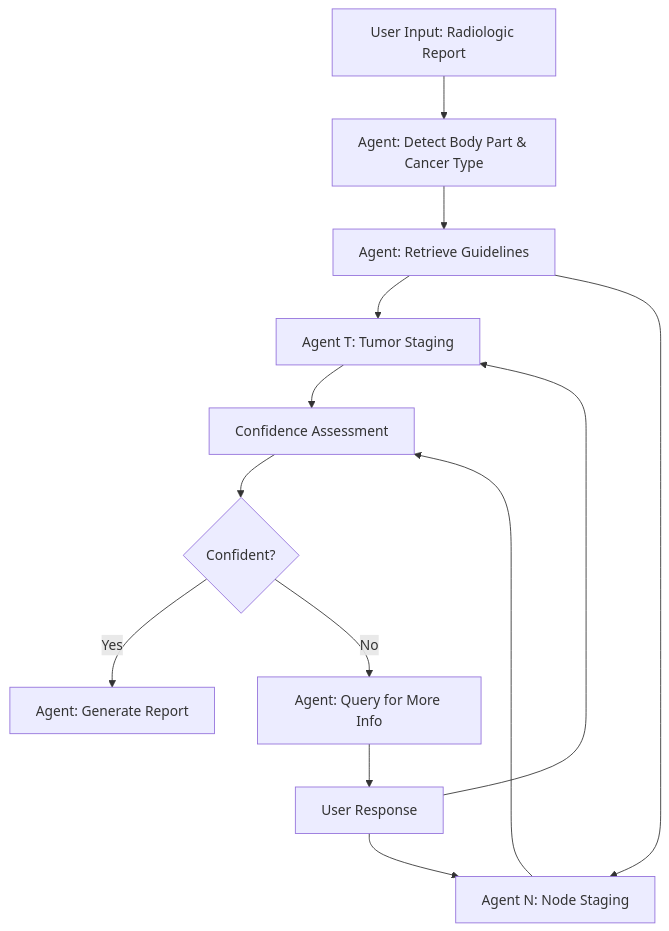
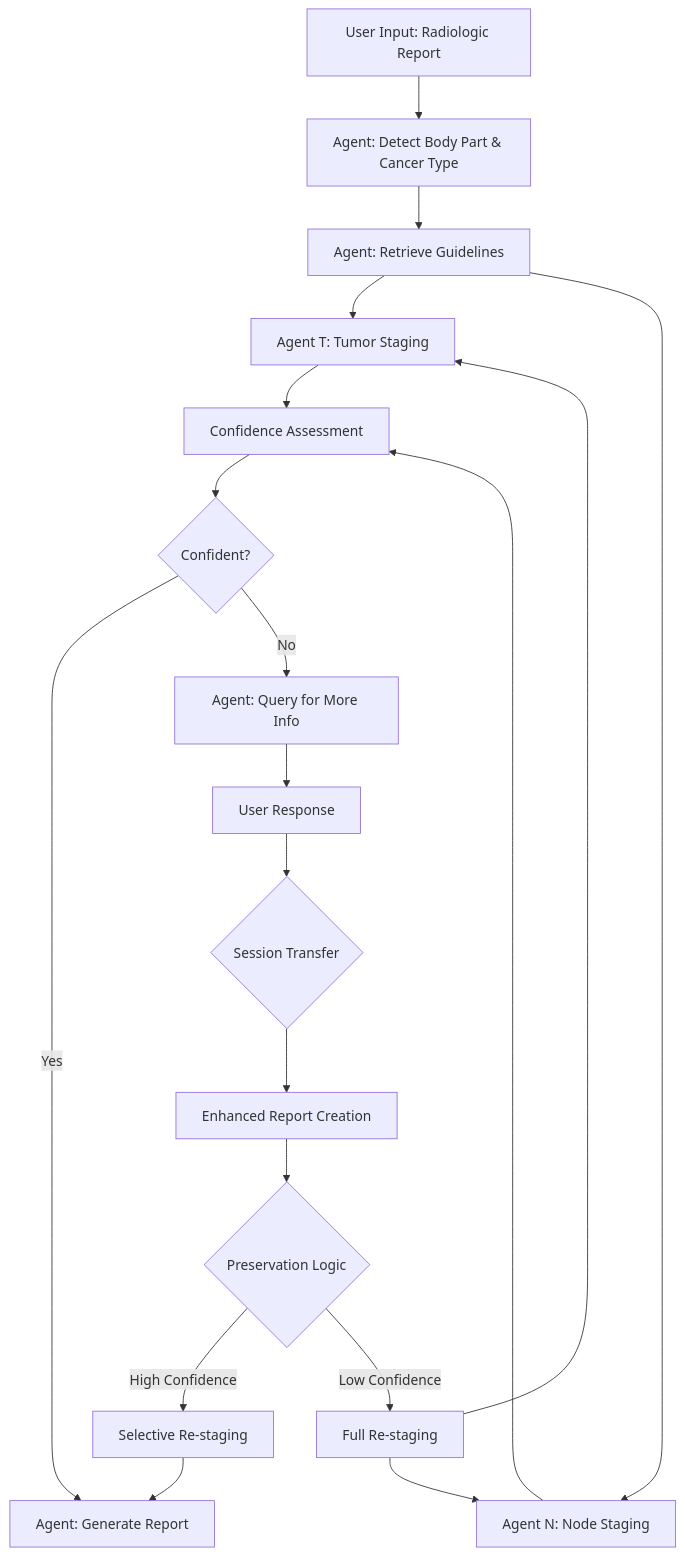
The diagram in claude.md (znee/tn_staging_agentic), drawn with Mermaid before and after one commit. The commit also changed other lines of this file and 20 other files, not shown here.

First line of the commit message:
feat: Complete multi-round Q&A workflow with selective preservation optimization

````diff
--- a/claude.md
+++ b/claude.md
@@ -19,15 +22,21 @@
 ```mermaid
 graph TD
     A[User Input: Radiologic Report] --> B[Agent: Detect Body Part & Cancer Type]
     B --> C[Agent: Retrieve Guidelines]
     C --> D1[Agent T: Tumor Staging]
     C --> D2[Agent N: Node Staging]
     D1 --> E[Confidence Assessment]
     D2 --> E
     E --> F{Confident?}
     F -->|Yes| G[Agent: Generate Report]
     F -->|No| H[Agent: Query for More Info]
     H --> I[User Response]
-    I --> D1
-    I --> D2
+    I --> J{Session Transfer}
+    J --> K[Enhanced Report Creation]
+    K --> L{Preservation Logic}
+    L -->|High Confidence| M[Selective Re-staging]
+    L -->|Low Confidence| N[Full Re-staging]
+    M --> G
+    N --> D1
+    N --> D2
 ```
````
